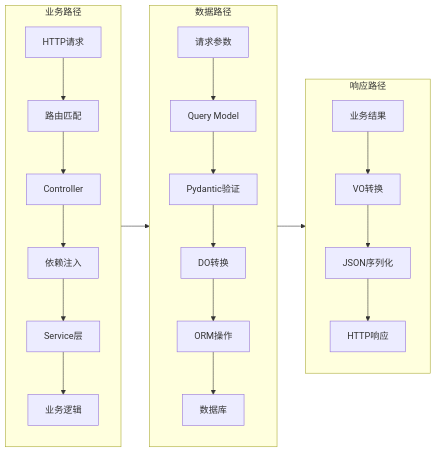
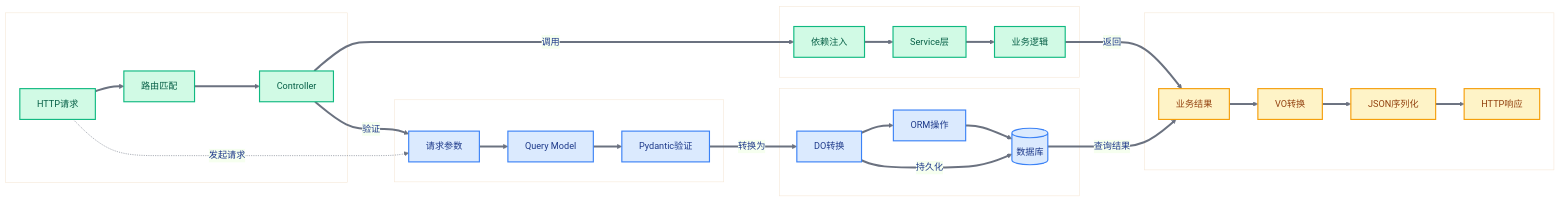
One commit to hata33/ruoyi-fastapi-full-stack changed the second of 4 diagrams in ruoyi-fastapi-backend/docs/learning/06-后端知识地图/02-核心概念关联图.md. Above: the diagram before and after it, drawn with Mermaid. The commit also changed other lines of this file and 9 other files, not shown here.

````diff
--- a/ruoyi-fastapi-backend/docs/learning/06-后端知识地图/02-核心概念关联图.md
+++ b/ruoyi-fastapi-backend/docs/learning/06-后端知识地图/02-核心概念关联图.md
@@ -65,24 +168,54 @@
 ```mermaid
+%%{init: {'theme': 'base', 'themeVariables': {
+  'primaryColor': '#EFF6FF',
+  'primaryTextColor': '#1e3a8a',
+  'primaryBorderColor': '#3B82F6',
+  'lineColor': '#6B7280',
+  'flowchart': {
+    'nodeSpacing': 30,
+    'rankSpacing': 50
+  }
+}}}%%
 graph LR
-    subgraph 路径1[数据路径]
-        A1[请求参数] --> A2[Query Model]
-        A2 --> A3[Pydantic验证]
-        A3 --> A4[DO转换]
-        A4 --> A5[ORM操作]
-        A5 --> A6[数据库]
+    %% 第一行：业务路径
+    subgraph Row1[" "]
+        B1[HTTP请求] ==> B2[路由匹配] ==> B3[Controller]
     end
-    subgraph 路径2[业务路径]
-        B1[HTTP请求] --> B2[路由匹配]
-        B2 --> B3[Controller]
-        B3 --> B4[依赖注入]
-        B4 --> B5[Service层]
-        B5 --> B6[业务逻辑]
+
+    %% 第二行：数据路径
+    subgraph Row2[" "]
+        A1[请求参数] ==> A2[Query Model] ==> A3[Pydantic验证]
     end
-    subgraph 路径3[响应路径]
-        C1[业务结果] --> C2[VO转换]
-        C2 --> C3[JSON序列化]
-        C3 --> C4[HTTP响应]
+
+    %% 第三行：业务逻辑路径
+    subgraph Row3[" "]
+        B4[依赖注入] ==> B5[Service层] ==> B6[业务逻辑]
     end
-    路径2 --> 路径1
-    路径1 --> 路径3
+
+    %% 第四行：数据转换路径
+    subgraph Row4[" "]
+        A4[DO转换] ==> A5[ORM操作] ==> A6[(数据库)]
+    end
+
+    %% 第五行：响应路径
+    subgraph Row5[" "]
+        C1[业务结果] ==> C2[VO转换] ==> C3[JSON序列化] ==> C4[HTTP响应]
+    end
+
+    %% 蛇形连接
+    B1 -.->|发起请求| A1
+    B3 ==>|调用| B4
+    B3 ==>|验证| A1
+    A3 ==>|转换为| A4
+    B6 ==>|返回| C1
+    A4 ==>|持久化| A6
+    A6 ==>|查询结果| C1
+
+    classDef dataPath fill:#DBEAFE,stroke:#3B82F6,stroke-width:2px,color:#1e3a8a
+    classDef businessPath fill:#D1FAE5,stroke:#10B981,stroke-width:2px,color:#065f46
+    classDef responsePath fill:#FEF3C7,stroke:#F59E0B,stroke-width:2px,color:#92400e
+
+    class A1,A2,A3,A4,A5,A6 dataPath
+    class B1,B2,B3,B4,B5,B6 businessPath
+    class C1,C2,C3,C4 responsePath
 ```
````
